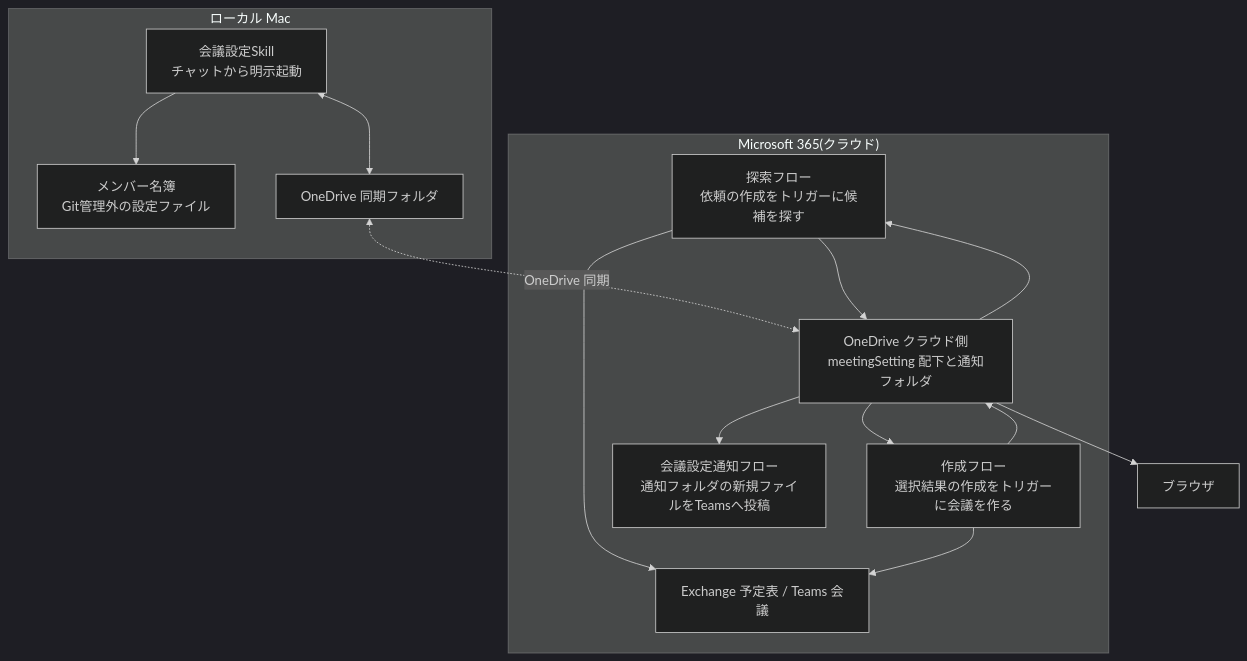
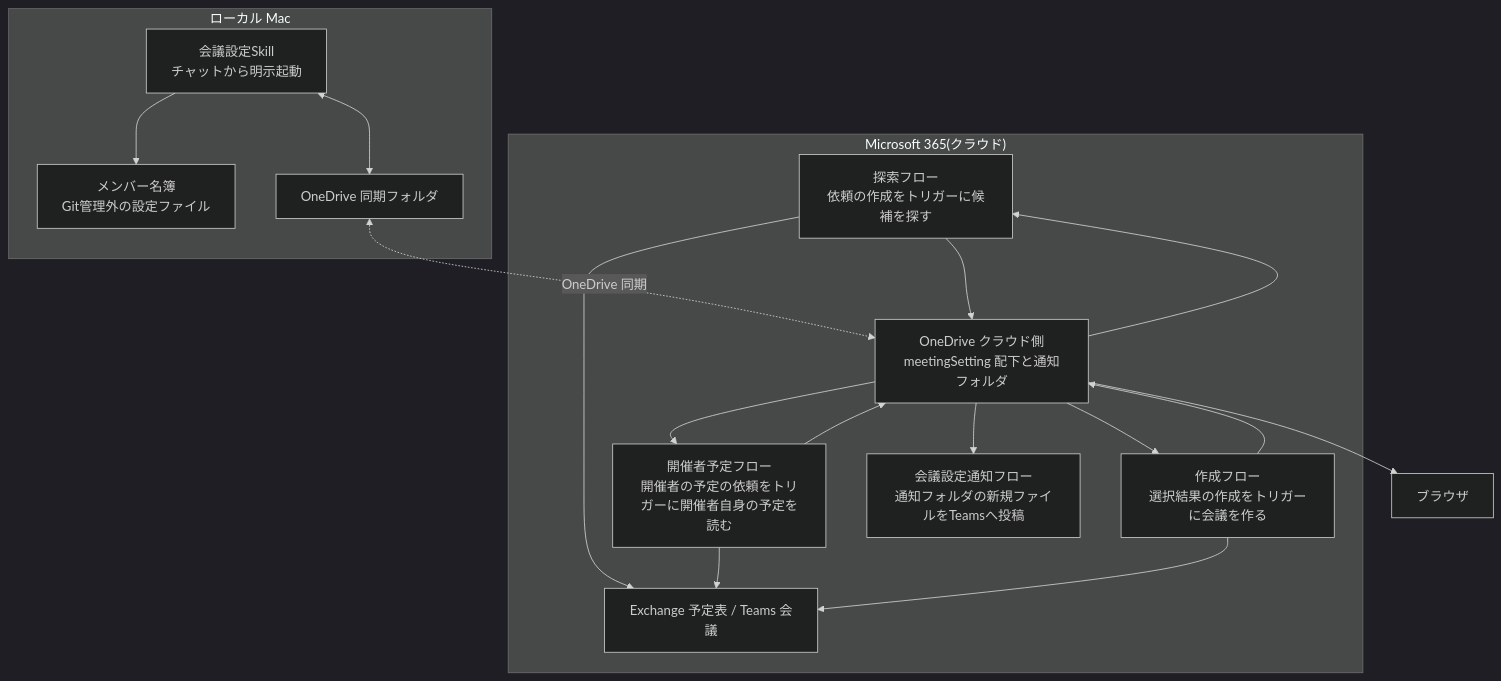
One commit to dnode-ryosuke-yamazaki/study changed the second of 2 diagrams in apps/meeting-setup-automation/specs/architecture.md. Above: the diagram before and after it, drawn with Mermaid (dark theme). The commit also changed other lines of this file and 5 other files, not shown here.

````diff
--- a/apps/meeting-setup-automation/specs/architecture.md
+++ b/apps/meeting-setup-automation/specs/architecture.md
@@ -80,28 +80,31 @@
 ```mermaid
 flowchart TD
     subgraph cloud["Microsoft 365(クラウド)"]
         PA1["探索フロー<br/>依頼の作成をトリガーに候補を探す"]
+        PA4["開催者予定フロー<br/>開催者の予定の依頼をトリガーに開催者自身の予定を読む"]
         PA2["作成フロー<br/>選択結果の作成をトリガーに会議を作る"]
         PA3["会議設定通知フロー<br/>通知フォルダの新規ファイルをTeamsへ投稿"]
         CAL["Exchange 予定表 / Teams 会議"]
         ODC["OneDrive クラウド側<br/>meetingSetting 配下と通知フォルダ"]
     end
 
     subgraph mac["ローカル Mac"]
         SKILL["会議設定Skill<br/>チャットから明示起動"]
         ROSTER["メンバー名簿<br/>Git管理外の設定ファイル"]
         ODL["OneDrive 同期フォルダ"]
     end
 
     BROWSER["ブラウザ"]
 
     SKILL --> ROSTER
     SKILL <--> ODL
     ODL <-. OneDrive 同期 .-> ODC
     ODC --> PA1 --> CAL
     PA1 --> ODC
+    ODC --> PA4 --> CAL
+    PA4 --> ODC
     ODC --> PA2 --> CAL
     PA2 --> ODC
     ODC --> PA3
     ODC --> BROWSER
 ```
````
